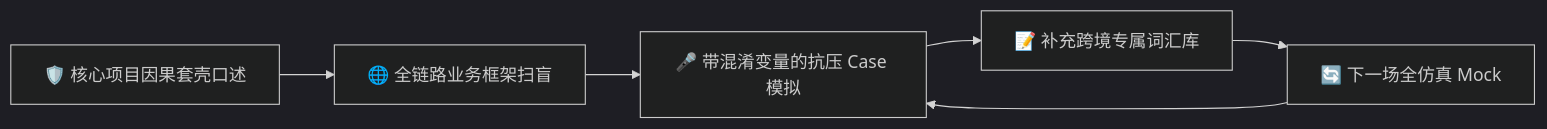
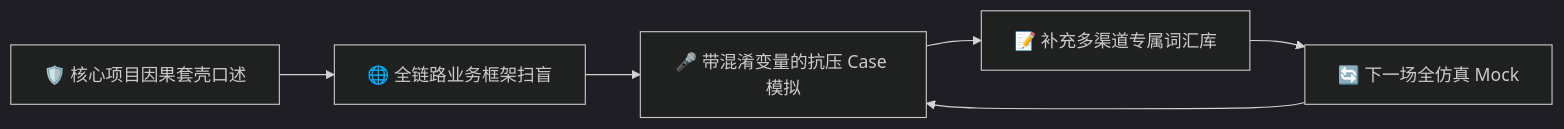
Before and after one commit to XinyuWang98/level-up: the second of 2 diagrams in 02_速查手册/docs/dashboard.md, drawn with Mermaid. The commit also changed other lines of this file and 54 other files, not shown here.

````diff
--- a/02_速查手册/docs/dashboard.md
+++ b/02_速查手册/docs/dashboard.md
@@ -50,9 +50,9 @@
 ```mermaid
 %%{init: {'theme': 'dark'}}%%
 flowchart LR
     A["🛡️ 核心项目因果套壳口述"] --> B["🌐 全链路业务框架扫盲"]
     B --> C["🎤 带混淆变量的抗压 Case 模拟"]
-    C --> D["📝 补充跨境专属词汇库"]
+    C --> D["📝 补充多渠道专属词汇库"]
     D --> E["🔄 下一场全仿真 Mock"]
     E --> C
 ```
````
